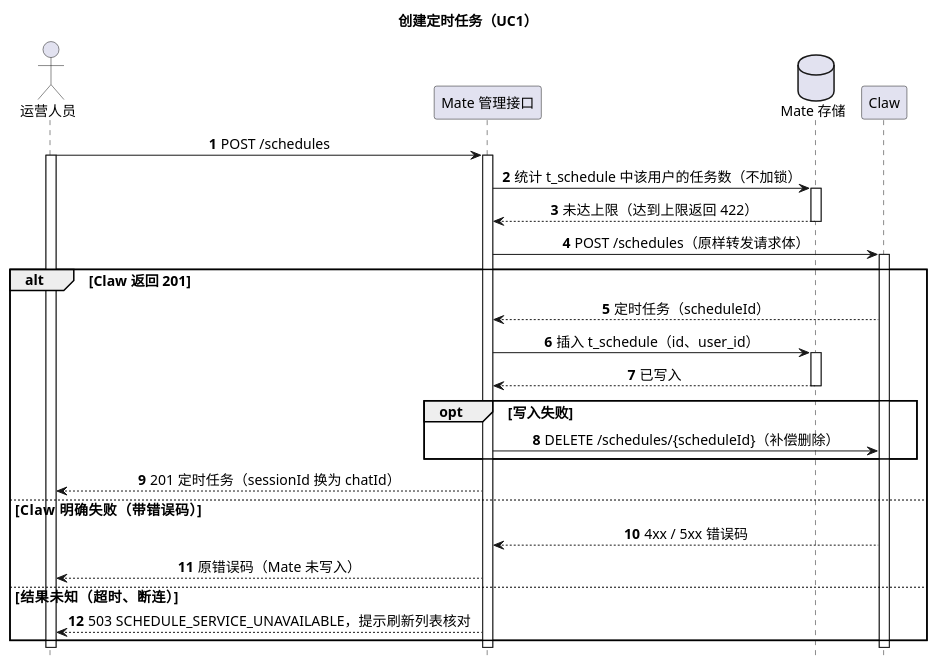
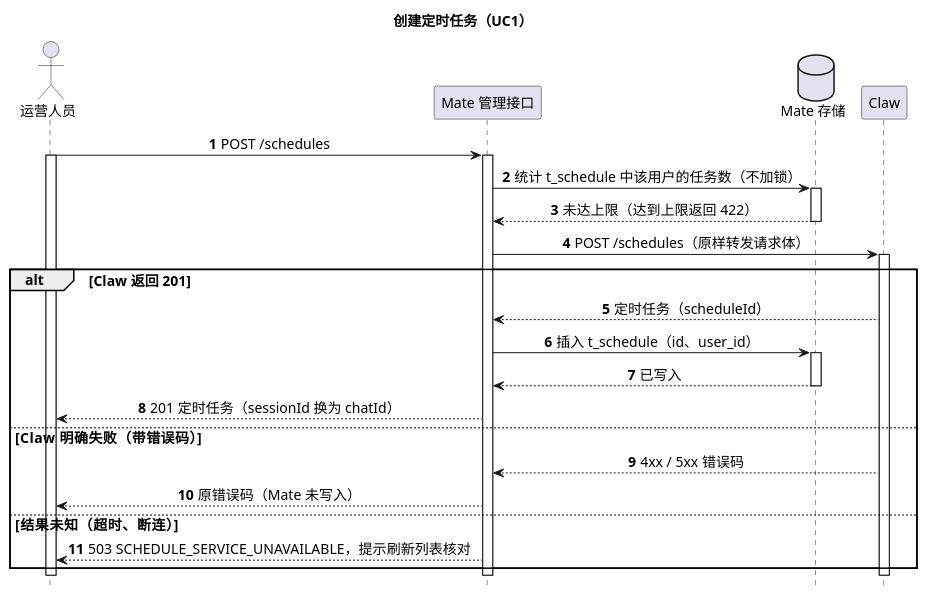
One commit to ssm0808/pi-mono-java-design changed the second of 4 diagrams in 02-服务与接口/08-mate-service定时任务/diagram.puml. Above: the diagram before and after it, drawn with PlantUML. The commit also changed 5 other files, not shown here.

First line of the commit message:
Mate 定时任务：写入 t_schedule 失败不再同步补偿删除

```diff
--- a/02-服务与接口/08-mate-service定时任务/diagram.puml
+++ b/02-服务与接口/08-mate-service定时任务/diagram.puml
@@ -50,38 +50,35 @@
 @startuml mate_schedule_create
 ' 目标：待实现；UC1 创建接口配置的任务。
 ' Claw 接口：POST /campusclaw-service/v1/schedules，见 01-总体架构/08-CampusClaw定时任务/README.md 第 4.4 节。
 ' mate-service 源码未核验；用户认证与权限由 Mate 框架按 access-token 在进入管理接口前完成，不在本图中。
-' 表达方式：画正常创建与 Claw 结果三种去向；配额统计不加锁；补偿删除失败后的对账见 README.md 第 3.7 节。
+' 表达方式：画正常创建与 Claw 结果三种去向；配额统计不加锁；写入失败直接返回 500，Claw 残留的对账见 README.md 第 3.7 节。
 title 创建定时任务（UC1）
 hide footbox
 skinparam backgroundColor white
 skinparam defaultFontSize 14
 skinparam sequenceMessageAlign center
 actor "运营人员" as Operator
 participant "Mate 管理接口" as Mate
 database "Mate 存储" as MateStore
 participant "Claw" as Claw
 autonumber
 Operator -> Mate ++ : POST /schedules
 activate Operator
 Mate -> MateStore ++ : 统计 t_schedule 中该用户的任务数（不加锁）
 return 未达上限（达到上限返回 422）
 Mate -> Claw ++ : POST /schedules（原样转发请求体）
 alt Claw 返回 201
   Claw --> Mate : 定时任务（scheduleId）
   Mate -> MateStore ++ : 插入 t_schedule（id、user_id）
   return 已写入
-  opt 写入失败
-    Mate -> Claw : DELETE /schedules/{scheduleId}（补偿删除）
-  end
   Mate --> Operator : 201 定时任务（sessionId 换为 chatId）
 else Claw 明确失败（带错误码）
   Claw --> Mate : 4xx / 5xx 错误码
   Mate --> Operator : 原错误码（Mate 未写入）
 else 结果未知（超时、断连）
   Mate --> Operator : 503 SCHEDULE_SERVICE_UNAVAILABLE，提示刷新列表核对
 end
 deactivate Claw
 deactivate Mate
 deactivate Operator
 @enduml
```
